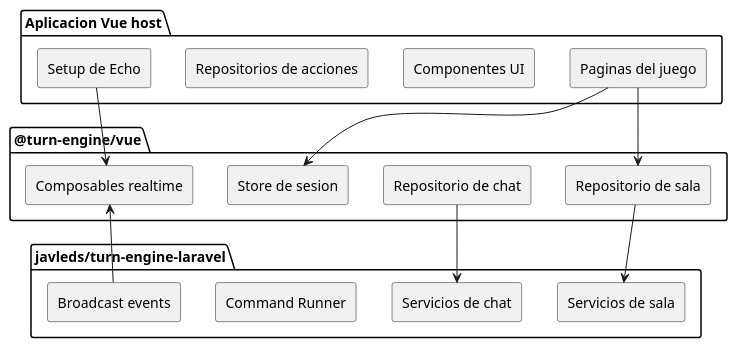
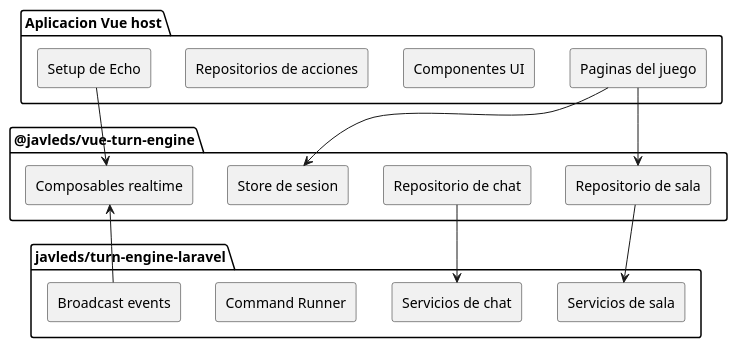
The diagram in README.es.md (javleds/vue-game-engine), drawn with PlantUML before and after one commit. The commit also changed other lines of this file and 2 other files, not shown here.

Commit message:
build: rename package to javleds scope

````diff
--- a/README.es.md
+++ b/README.es.md
@@ -21,33 +21,33 @@
 ```plantuml
 @startuml
 skinparam componentStyle rectangle
 
 package "Aplicacion Vue host" {
   [Paginas del juego]
   [Componentes UI]
   [Repositorios de acciones]
   [Setup de Echo]
 }
 
-package "@turn-engine/vue" {
+package "@javleds/vue-turn-engine" {
   [Repositorio de sala]
   [Repositorio de chat]
   [Store de sesion]
   [Composables realtime]
 }
 
 package "javleds/turn-engine-laravel" {
   [Servicios de sala]
   [Servicios de chat]
   [Command Runner]
   [Broadcast events]
 }
 
 [Paginas del juego] --> [Repositorio de sala]
 [Paginas del juego] --> [Store de sesion]
 [Setup de Echo] --> [Composables realtime]
 [Repositorio de sala] --> [Servicios de sala]
 [Repositorio de chat] --> [Servicios de chat]
 [Broadcast events] --> [Composables realtime]
 @enduml
 ```
````
